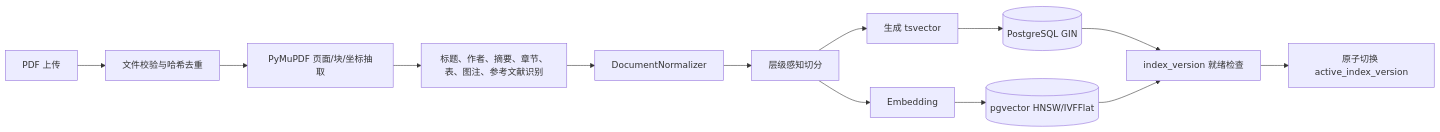
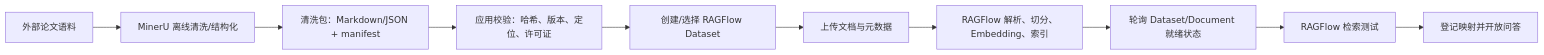
One commit to szy2334/ragflow-course-project changed the fourth of 11 diagrams in 科研论文智能阅读系统_完整项目设计文档.md. Above: the diagram before and after it, drawn with Mermaid. The commit also changed other lines of this file, not shown here.

Commit message:
docs: adopt MinerU and RAGFlow pipeline

```diff
--- a/科研论文智能阅读系统_完整项目设计文档.md
+++ b/科研论文智能阅读系统_完整项目设计文档.md
@@ -641,15 +642,12 @@
 ~~~mermaid
 flowchart LR
-    A["PDF 上传"] --> B["文件校验与哈希去重"]
-    B --> C["PyMuPDF 页面/块/坐标抽取"]
-    C --> D["标题、作者、摘要、章节、表、图注、参考文献识别"]
-    D --> E["DocumentNormalizer"]
-    E --> F["层级感知切分"]
-    F --> G["生成 tsvector"]
-    F --> H["Embedding"]
-    G --> I[("PostgreSQL GIN")]
-    H --> J[("pgvector HNSW/IVFFlat")]
-    I --> K["index_version 就绪检查"]
-    J --> K
-    K --> L["原子切换 active_index_version"]
+    A["外部论文语料"] --> B["MinerU 离线清洗/结构化"]
+    B --> C["清洗包：Markdown/JSON + manifest"]
+    C --> D["应用校验：哈希、版本、定位、许可证"]
+    D --> E["创建/选择 RAGFlow Dataset"]
+    E --> F["上传文档与元数据"]
+    F --> G["RAGFlow 解析、切分、Embedding、索引"]
+    G --> H["轮询 Dataset/Document 就绪状态"]
+    H --> I["RAGFlow 检索测试"]
+    I --> J["登记映射并开放问答"]
 ~~~
```
